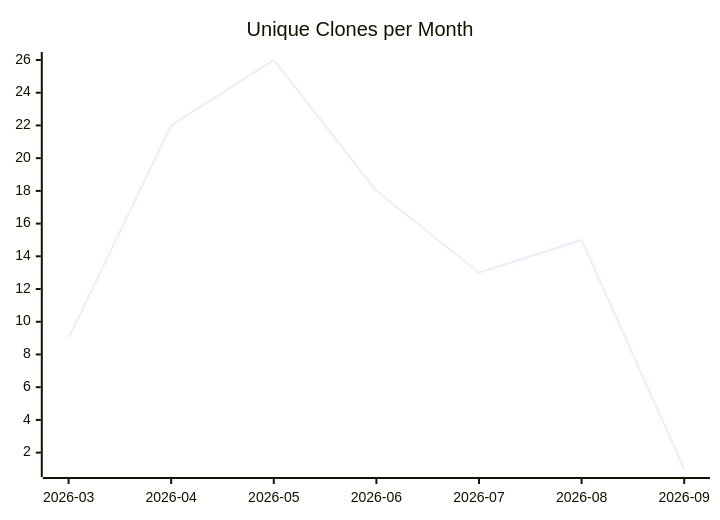
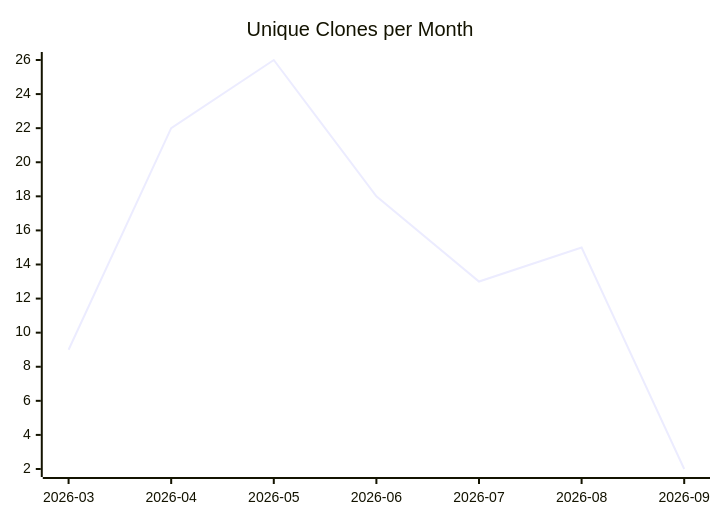
One commit to justdavis-family/github-analytics-data changed the third of 3 diagrams in karlmdavis/lego-ev3dev-rs/README.md. Above: the diagram before and after it, drawn with Mermaid. The commit also changed other lines of this file and 191 other files, not shown here.

````diff
--- a/karlmdavis/lego-ev3dev-rs/README.md
+++ b/karlmdavis/lego-ev3dev-rs/README.md
@@ -19,6 +19,6 @@
 ```mermaid
 xychart-beta
   title "Unique Clones per Month"
   x-axis ["2026-03", "2026-04", "2026-05", "2026-06", "2026-07", "2026-08", "2026-09"]
-  line [9, 22, 26, 18, 13, 15, 1]
+  line [9, 22, 26, 18, 13, 15, 2]
 ```
````
